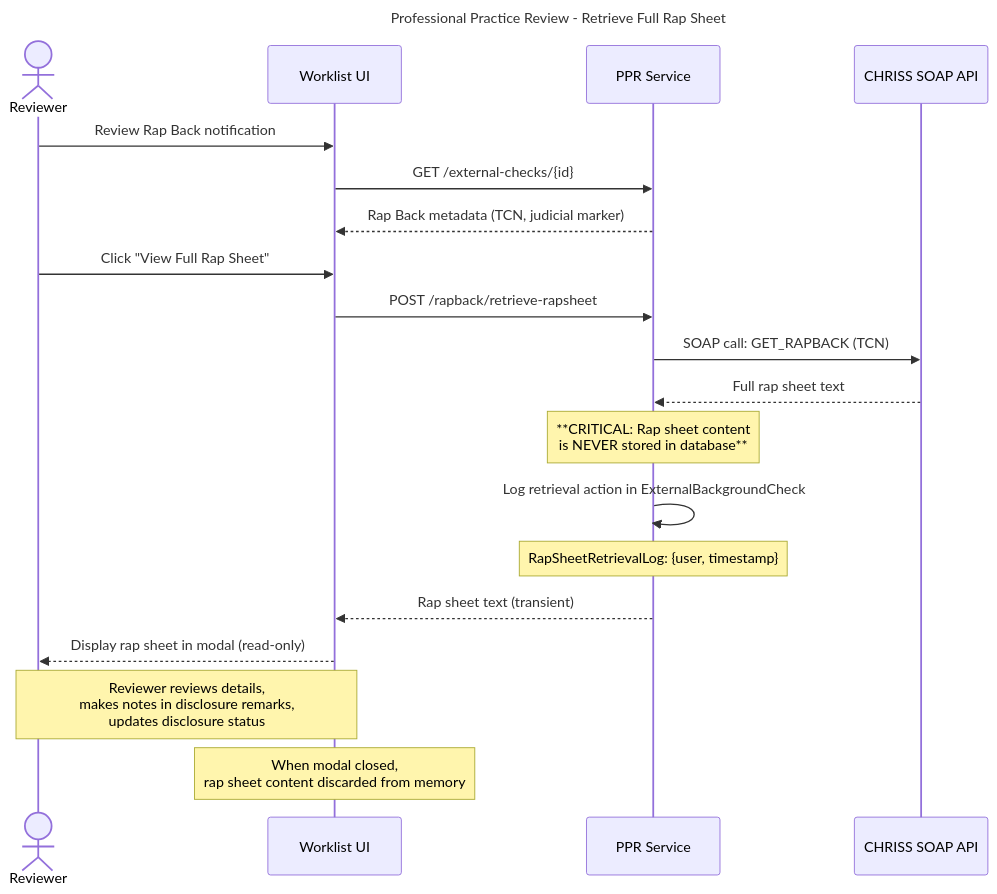
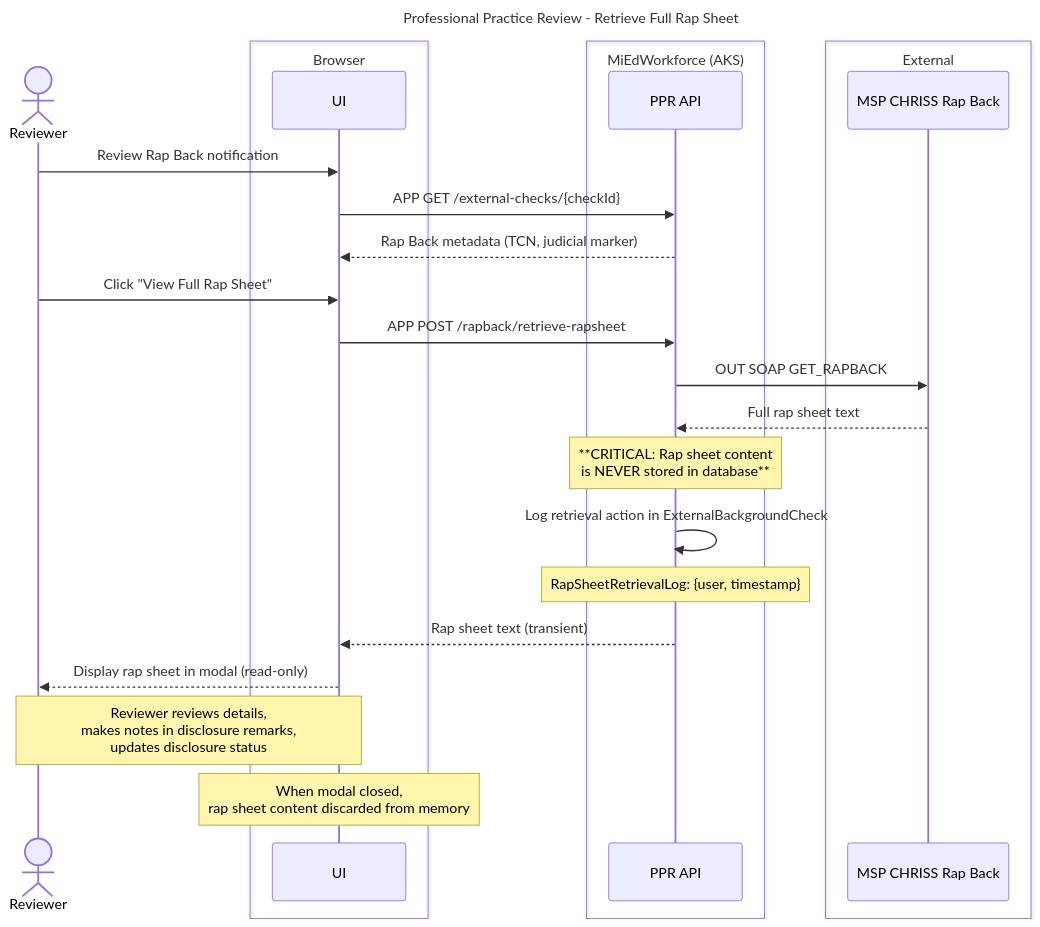
The sixth of 15 diagrams in working-docs/solution-areas/profpractice/profpractice-sequences.md (mnichols-dl/mied-design), drawn with Mermaid before and after one commit. The commit also changed other lines of this file and 34 other files, not shown here.

Commit message:
Update sequences and perform RTM assessment

````diff
--- a/working-docs/solution-areas/profpractice/profpractice-sequences.md
+++ b/working-docs/solution-areas/profpractice/profpractice-sequences.md
@@ -424,32 +414,38 @@
 ```mermaid
 ---
 title: Professional Practice Review - Retrieve Full Rap Sheet
 ---
 sequenceDiagram
     actor Reviewer
-    participant WorklistUI as Worklist UI
-    participant PPRService as PPR Service
-    participant CHRISS as CHRISS SOAP API
+    box Browser
+        participant UI as UI
+    end
+    box MiEdWorkforce (AKS)
+        participant PprApi as PPR API
+    end
+    box External
+        participant MspRapBack as MSP CHRISS Rap Back
+    end
     
-    Reviewer->>WorklistUI: Review Rap Back notification
-    WorklistUI->>PPRService: GET /external-checks/{id}
-    PPRService-->>WorklistUI: Rap Back metadata (TCN, judicial marker)
+    Reviewer->>UI: Review Rap Back notification
+    UI->>PprApi: APP GET /external-checks/{checkId}
+    PprApi-->>UI: Rap Back metadata (TCN, judicial marker)
     
-    Reviewer->>WorklistUI: Click "View Full Rap Sheet"
-    WorklistUI->>PPRService: POST /rapback/retrieve-rapsheet
+    Reviewer->>UI: Click "View Full Rap Sheet"
+    UI->>PprApi: APP POST /rapback/retrieve-rapsheet
     
-    PPRService->>CHRISS: SOAP call: GET_RAPBACK (TCN)
-    CHRISS-->>PPRService: Full rap sheet text
+    PprApi->>MspRapBack: OUT SOAP GET_RAPBACK
+    MspRapBack-->>PprApi: Full rap sheet text
     
-    Note over PPRService: **CRITICAL: Rap sheet content<br/>is NEVER stored in database**
+    Note over PprApi: **CRITICAL: Rap sheet content<br/>is NEVER stored in database**
     
-    PPRService->>PPRService: Log retrieval action in ExternalBackgroundCheck
-    Note over PPRService: RapSheetRetrievalLog: {user, timestamp}
+    PprApi->>PprApi: Log retrieval action in ExternalBackgroundCheck
+    Note over PprApi: RapSheetRetrievalLog: {user, timestamp}
     
-    PPRService-->>WorklistUI: Rap sheet text (transient)
-    WorklistUI-->>Reviewer: Display rap sheet in modal (read-only)
+    PprApi-->>UI: Rap sheet text (transient)
+    UI-->>Reviewer: Display rap sheet in modal (read-only)
     
-    Note over Reviewer,WorklistUI: Reviewer reviews details,<br/>makes notes in disclosure remarks,<br/>updates disclosure status
+    Note over Reviewer,UI: Reviewer reviews details,<br/>makes notes in disclosure remarks,<br/>updates disclosure status
     
-    Note over WorklistUI: When modal closed,<br/>rap sheet content discarded from memory
+    Note over UI: When modal closed,<br/>rap sheet content discarded from memory
 ```
````
